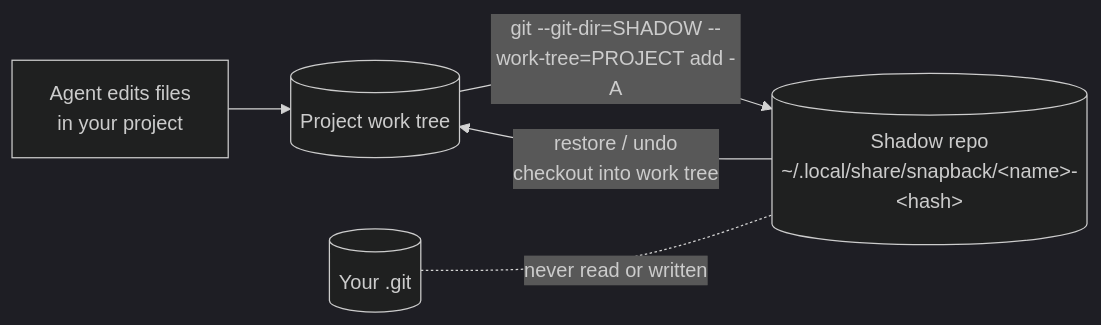
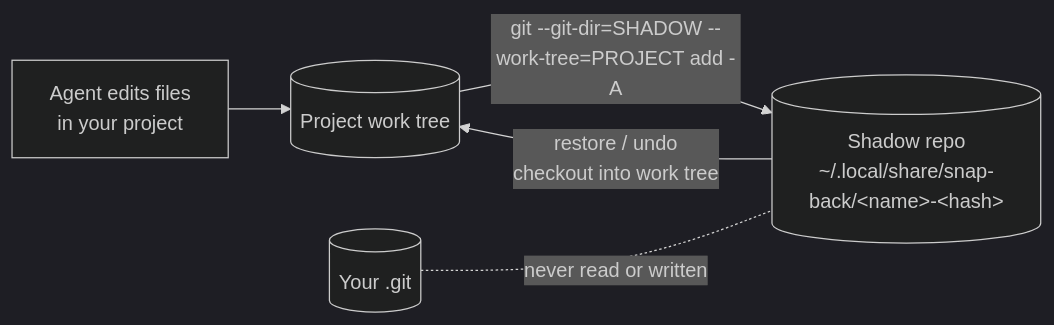
Before and after one commit to Abelo9996/snap-back: the diagram in README.md, drawn with Mermaid (dark theme). The commit also changed other lines of this file and 21 other files, not shown here.

First line of the commit message:
Rename snapback to snap-back

````diff
--- a/README.md
+++ b/README.md
@@ -49,7 +50,7 @@
 ```mermaid
 flowchart LR
     A[Agent edits files<br/>in your project] --> P[(Project work tree)]
-    P -- "git --git-dir=SHADOW --work-tree=PROJECT add -A" --> S[(Shadow repo<br/>~/.local/share/snapback/&lt;name&gt;-&lt;hash&gt;)]
+    P -- "git --git-dir=SHADOW --work-tree=PROJECT add -A" --> S[(Shadow repo<br/>~/.local/share/snap-back/&lt;name&gt;-&lt;hash&gt;)]
     S -- "restore / undo<br/>checkout into work tree" --> P
     G[(Your .git)] -. never read or written .- S
 ```
````
